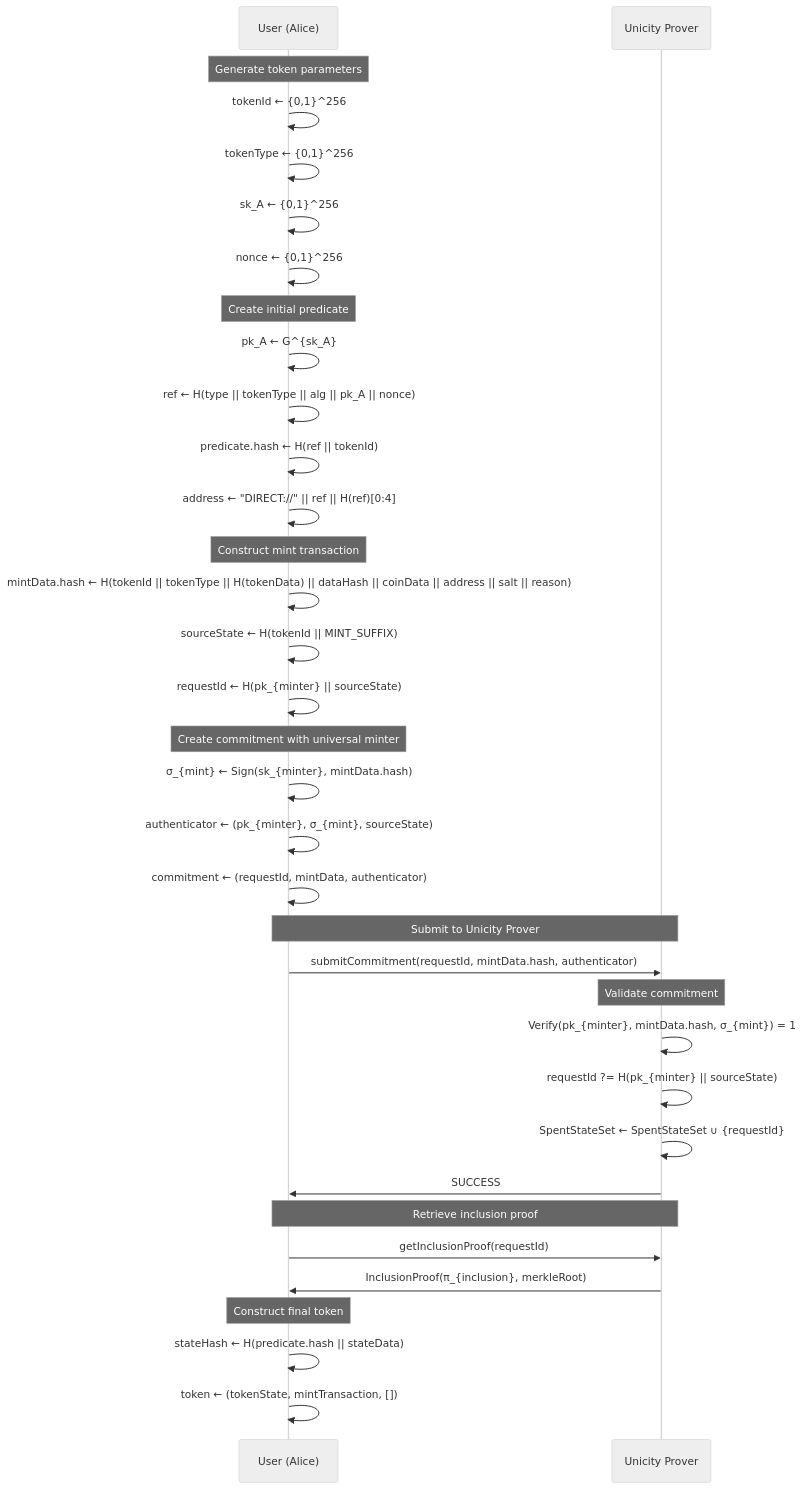
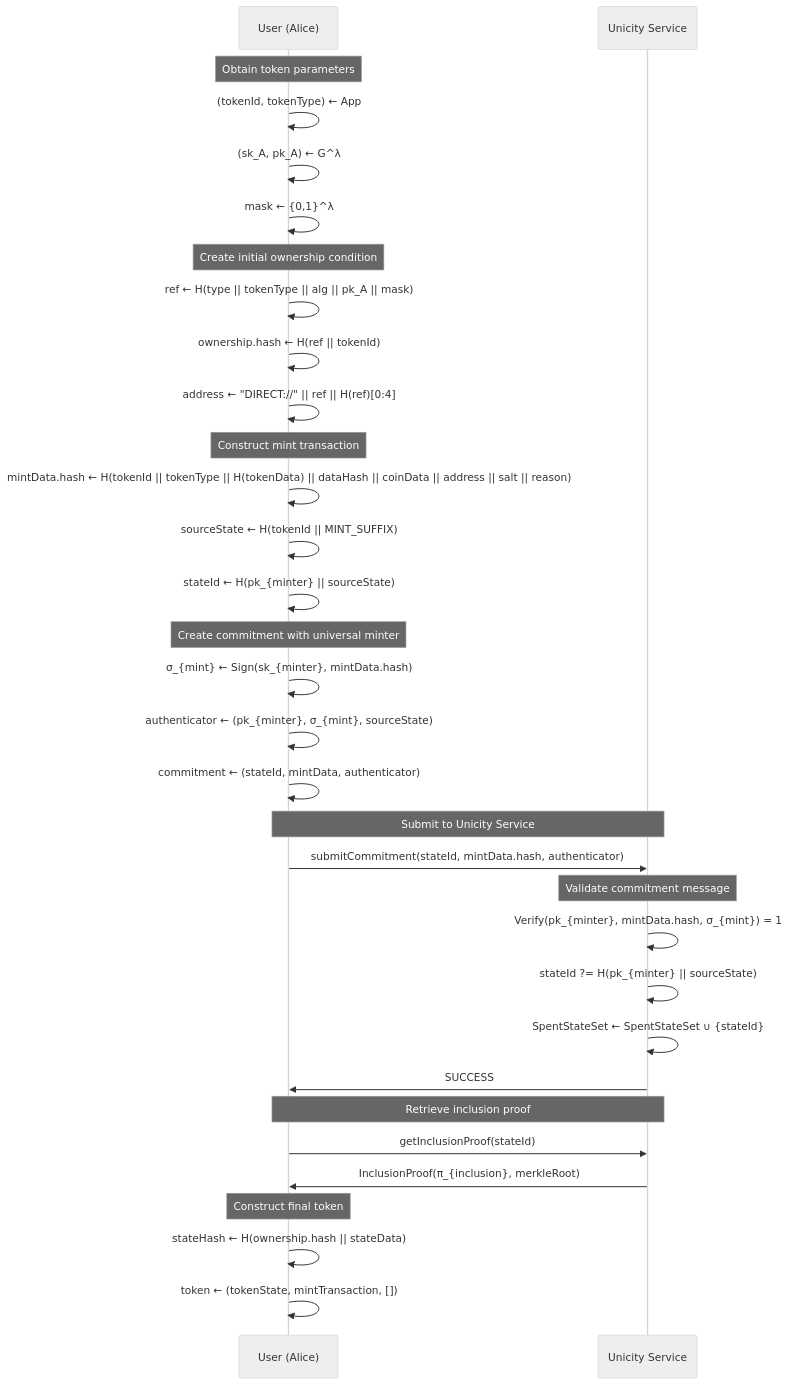
Before and after one commit to unicitynetwork/execution-model-tex: the first of 3 diagrams in PROTOCOL_DOCUMENTATION.md, drawn with Mermaid (neutral theme). The commit also changed other lines of this file, not shown here.

````diff
--- a/PROTOCOL_DOCUMENTATION.md
+++ b/PROTOCOL_DOCUMENTATION.md
@@ -304,44 +328,42 @@
 ```mermaid
 sequenceDiagram
     participant U as User (Alice)
-    participant P as Unicity Prover
-    
-    Note over U: Generate token parameters
-    U->>U: tokenId ← {0,1}^256
-    U->>U: tokenType ← {0,1}^256
-    U->>U: sk_A ← {0,1}^256
-    U->>U: nonce ← {0,1}^256
-    
-    Note over U: Create initial predicate
-    U->>U: pk_A ← G^{sk_A}
-    U->>U: ref ← H(type || tokenType || alg || pk_A || nonce)
-    U->>U: predicate.hash ← H(ref || tokenId)
+    participant P as Unicity Service
+
+    Note over U: Obtain token parameters
+    U->>U: (tokenId, tokenType)  ← App
+    U->>U: (sk_A, pk_A) ← G^λ
+    U->>U: mask ← {0,1}^λ
+
+    Note over U: Create initial ownership condition
+    U->>U: ref ← H(type || tokenType || alg || pk_A || mask)
+    U->>U: ownership.hash ← H(ref || tokenId)
     U->>U: address ← "DIRECT://" || ref || H(ref)[0:4]
-    
+
     Note over U: Construct mint transaction
     U->>U: mintData.hash ← H(tokenId || tokenType || H(tokenData) || dataHash || coinData || address || salt || reason)
     U->>U: sourceState ← H(tokenId || MINT_SUFFIX)
-    U->>U: requestId ← H(pk_{minter} || sourceState)
-    
+    U->>U: stateId ← H(pk_{minter} || sourceState)
+
     Note over U: Create commitment with universal minter
     U->>U: σ_{mint} ← Sign(sk_{minter}, mintData.hash)
     U->>U: authenticator ← (pk_{minter}, σ_{mint}, sourceState)
-    U->>U: commitment ← (requestId, mintData, authenticator)
-    
-    Note over U,P: Submit to Unicity Prover
-    U->>P: submitCommitment(requestId, mintData.hash, authenticator)
-    
-    Note over P: Validate commitment
+    U->>U: commitment ← (stateId, mintData, authenticator)
+
+    Note over U,P: Submit to Unicity Service
+    U->>P: submitCommitment(stateId, mintData.hash, authenticator)
+
+    Note over P: Validate commitment message
     P->>P: Verify(pk_{minter}, mintData.hash, σ_{mint}) = 1
-    P->>P: requestId ?= H(pk_{minter} || sourceState)
-    P->>P: SpentStateSet ← SpentStateSet ∪ {requestId}
+    P->>P: stateId ?= H(pk_{minter} || sourceState)
+    P->>P: SpentStateSet ← SpentStateSet ∪ {stateId}
     P->>U: SUCCESS
-    
+
     Note over U,P: Retrieve inclusion proof
-    U->>P: getInclusionProof(requestId)
+    U->>P: getInclusionProof(stateId)
     P->>U: InclusionProof(π_{inclusion}, merkleRoot)
-    
+
     Note over U: Construct final token
-    U->>U: stateHash ← H(predicate.hash || stateData)
+    U->>U: stateHash ← H(ownership.hash || stateData)
     U->>U: token ← (tokenState, mintTransaction, [])
 ```
````
